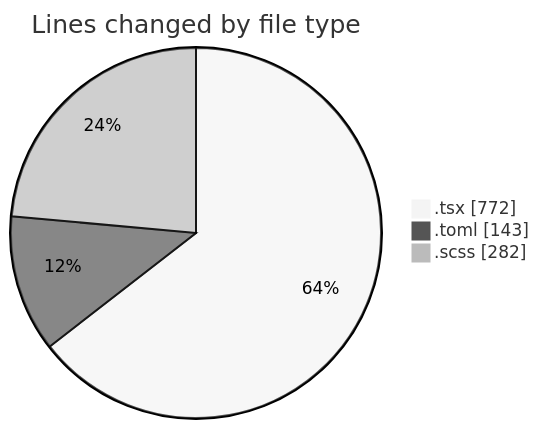
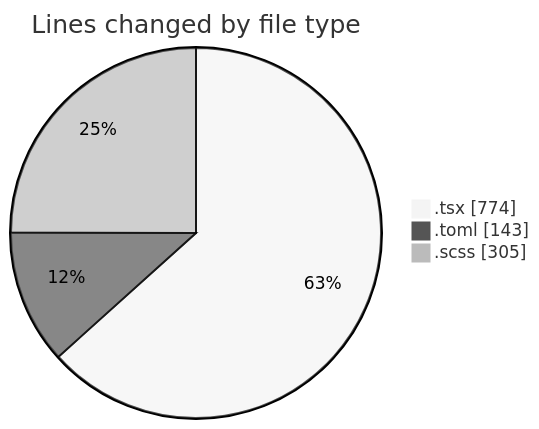
One commit to momahboobian/code-tracking changed the first of 2 diagrams in 2026-11-02/cda/README.md. Above: the diagram before and after it, drawn with Mermaid (neutral theme). The commit also changed other lines of this file and 1 other file, not shown here.

````diff
--- a/2026-11-02/cda/README.md
+++ b/2026-11-02/cda/README.md
@@ -24,7 +24,7 @@
 ```mermaid
 pie showData
 title Lines changed by file type
-".tsx" : 772
+".tsx" : 774
 ".toml" : 143
-".scss" : 282
+".scss" : 305
 ```
````
